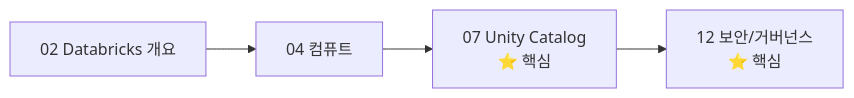
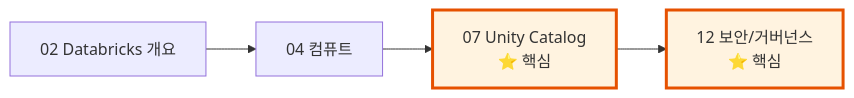
Before and after one commit to SimyungYang/simyung-dbx-training: the fifth of 5 diagrams in 13-appendix/learning-path.md, drawn with Mermaid. The commit also changed other lines of this file and 37 other files, not shown here.

````diff
--- a/13-appendix/learning-path.md
+++ b/13-appendix/learning-path.md
@@ -56,6 +156,9 @@
 ```mermaid
 graph LR
     A["02 Databricks 개요"] --> B["04 컴퓨트"]
     B --> C["07 Unity Catalog<br/>⭐ 핵심"]
     C --> D["12 보안/거버넌스<br/>⭐ 핵심"]
+
+    style C fill:#fff3e0,stroke:#e65100,stroke-width:3px
+    style D fill:#fff3e0,stroke:#e65100,stroke-width:3px
 ```
````
